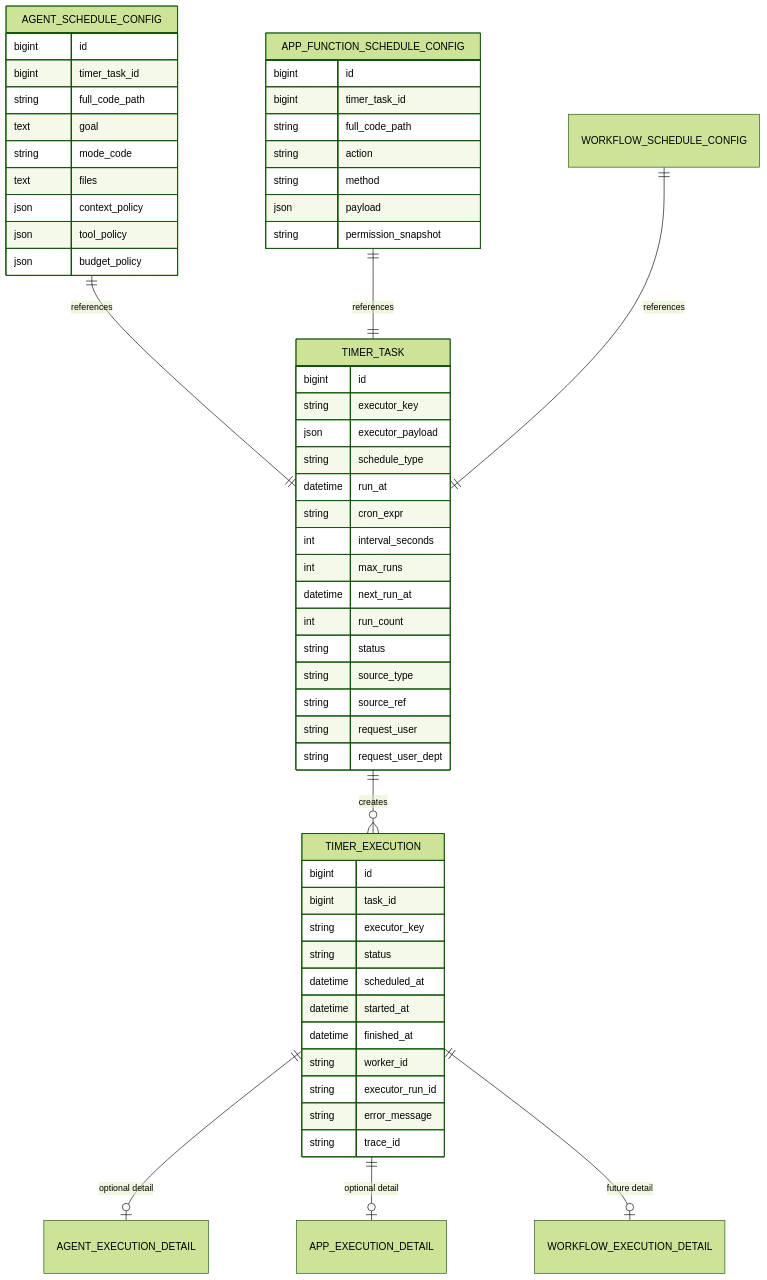
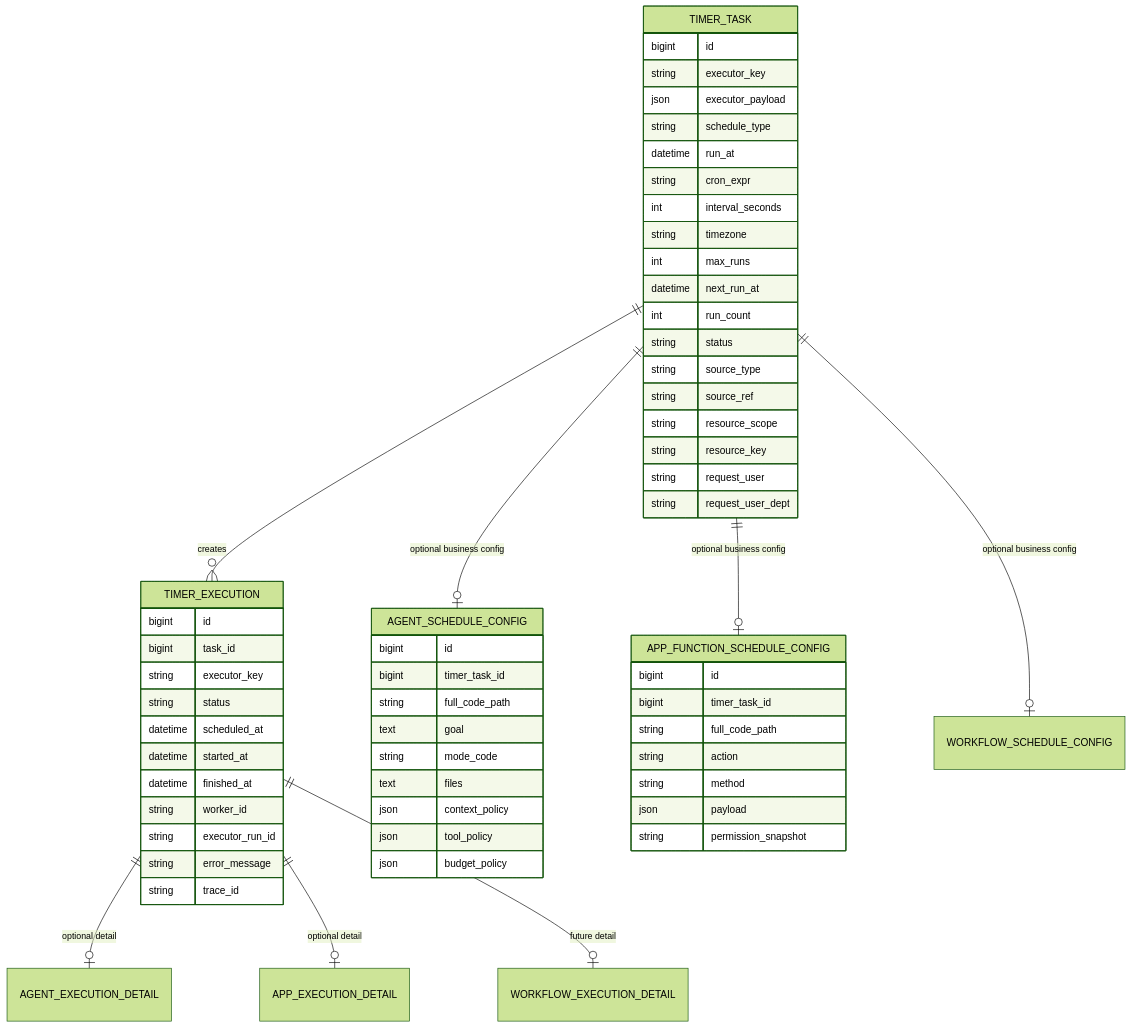
One commit to kageos/kageos changed the third of 17 diagrams in docs/scheduled-tasks-architecture-design.md. Above: the diagram before and after it, drawn with Mermaid (forest theme). The commit also changed other lines of this file, not shown here.

````diff
--- a/docs/scheduled-tasks-architecture-design.md
+++ b/docs/scheduled-tasks-architecture-design.md
@@ -158,64 +158,67 @@
 ```mermaid
 erDiagram
   TIMER_TASK ||--o{ TIMER_EXECUTION : creates
   TIMER_EXECUTION ||--o| AGENT_EXECUTION_DETAIL : "optional detail"
   TIMER_EXECUTION ||--o| APP_EXECUTION_DETAIL : "optional detail"
   TIMER_EXECUTION ||--o| WORKFLOW_EXECUTION_DETAIL : "future detail"
-  AGENT_SCHEDULE_CONFIG ||--|| TIMER_TASK : references
-  APP_FUNCTION_SCHEDULE_CONFIG ||--|| TIMER_TASK : references
-  WORKFLOW_SCHEDULE_CONFIG ||--|| TIMER_TASK : references
+  TIMER_TASK ||--o| AGENT_SCHEDULE_CONFIG : "optional business config"
+  TIMER_TASK ||--o| APP_FUNCTION_SCHEDULE_CONFIG : "optional business config"
+  TIMER_TASK ||--o| WORKFLOW_SCHEDULE_CONFIG : "optional business config"
 
   TIMER_TASK {
     bigint id
     string executor_key
     json executor_payload
     string schedule_type
     datetime run_at
     string cron_expr
     int interval_seconds
+    string timezone
     int max_runs
     datetime next_run_at
     int run_count
     string status
     string source_type
     string source_ref
+    string resource_scope
+    string resource_key
     string request_user
     string request_user_dept
   }
 
   TIMER_EXECUTION {
     bigint id
     bigint task_id
     string executor_key
     string status
     datetime scheduled_at
     datetime started_at
     datetime finished_at
     string worker_id
     string executor_run_id
     string error_message
     string trace_id
   }
 
   AGENT_SCHEDULE_CONFIG {
     bigint id
     bigint timer_task_id
     string full_code_path
     text goal
     string mode_code
     text files
     json context_policy
     json tool_policy
     json budget_policy
   }
 
   APP_FUNCTION_SCHEDULE_CONFIG {
     bigint id
     bigint timer_task_id
     string full_code_path
     string action
     string method
     json payload
     string permission_snapshot
   }
 ```
````
